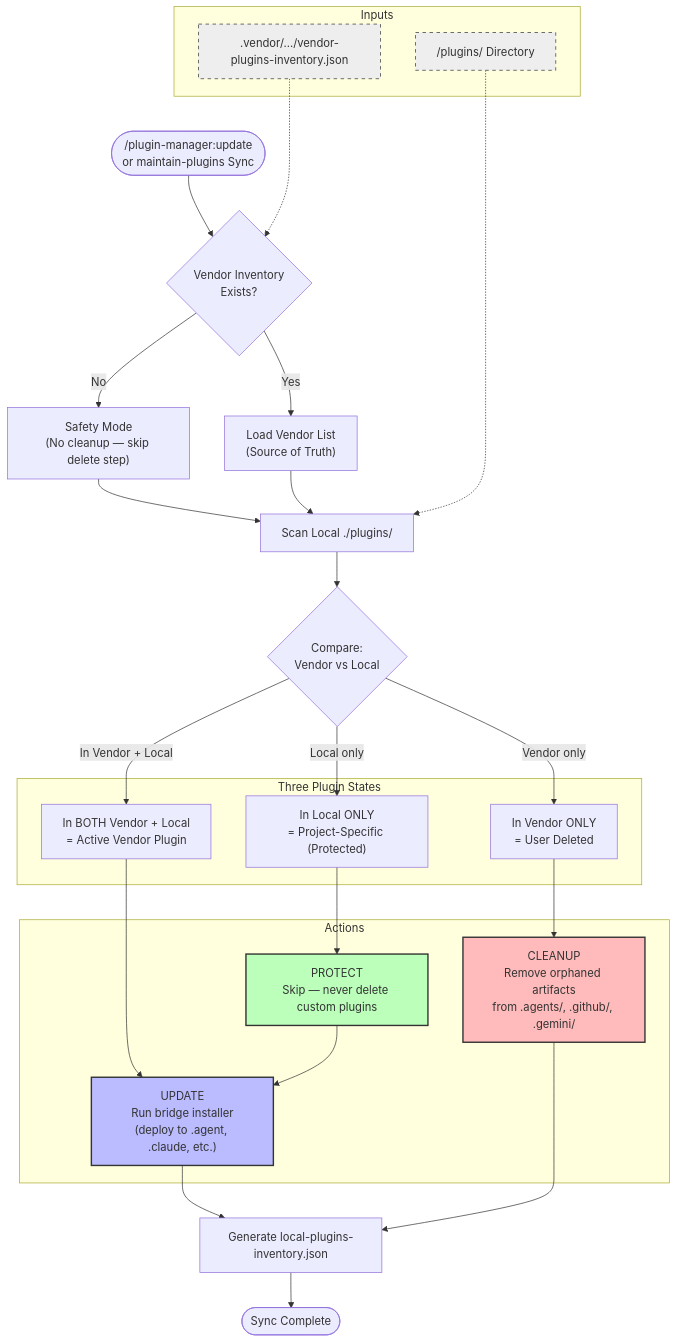
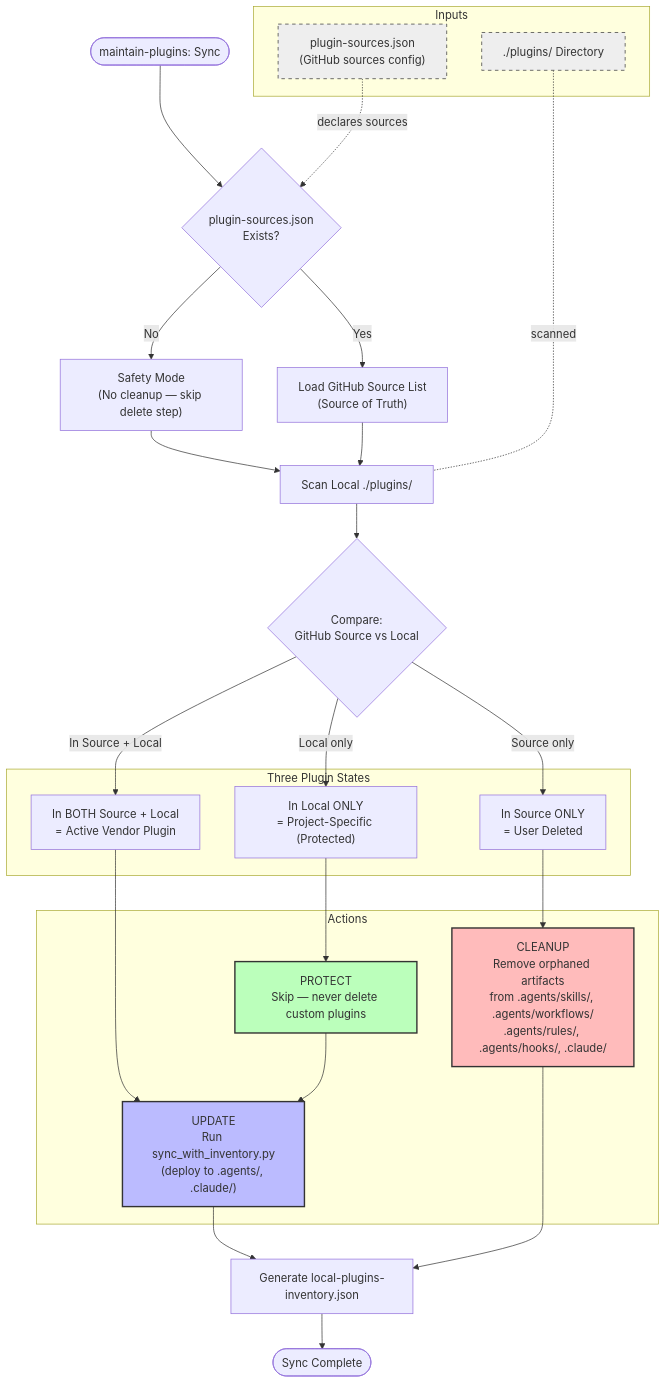
One commit to richfrem/agent-plugins-skills changed the diagram in plugins/plugin-manager/assets/diagrams/cleanup_flow.mmd. Above: the diagram before and after it, drawn with Mermaid. The commit also changed 16 other files, not shown here.

```diff
--- a/plugins/plugin-manager/assets/diagrams/cleanup_flow.mmd
+++ b/plugins/plugin-manager/assets/diagrams/cleanup_flow.mmd
@@ -1,67 +1,67 @@
 flowchart TD
     %% Plugin Maintenance: Sync Flow
 
     subgraph Inputs
-        LocalDir["/plugins/ Directory"]
-        VendorFile[".vendor/.../vendor-plugins-inventory.json"]
+        LocalDir["./plugins/ Directory"]
+        SourceFile["plugin-sources.json<BR>(GitHub sources config)"]
     end
 
-    Start(["/plugin-manager:update\nor maintain-plugins Sync"])
-    CheckVendor{"Vendor Inventory\nExists?"}
+    Start(["maintain-plugins: Sync"])
+    CheckVendor{"plugin-sources.json<BR>Exists?"}
 
-    LoadVendor["Load Vendor List\n(Source of Truth)"]
-    SafeMode["Safety Mode\n(No cleanup — skip delete step)"]
+    LoadVendor["Load GitHub Source List<BR>(Source of Truth)"]
+    SafeMode["Safety Mode<BR>(No cleanup — skip delete step)"]
 
     ScanLocal["Scan Local ./plugins/"]
 
-    Compare{"Compare:\nVendor vs Local"}
+    Compare{"Compare:<BR>GitHub Source vs Local"}
 
     subgraph States ["Three Plugin States"]
-        Active["In BOTH Vendor + Local\n= Active Vendor Plugin"]
-        Private["In Local ONLY\n= Project-Specific (Protected)"]
-        Deleted["In Vendor ONLY\n= User Deleted"]
+        Active["In BOTH Source + Local<BR>= Active Vendor Plugin"]
+        Private["In Local ONLY<BR>= Project-Specific (Protected)"]
+        Deleted["In Source ONLY<BR>= User Deleted"]
     end
 
     subgraph Actions
-        Update["UPDATE\nRun bridge installer\n(deploy to .agent, .claude, etc.)"]
-        Protect["PROTECT\nSkip — never delete custom plugins"]
-        Cleanup["CLEANUP\nRemove orphaned artifacts\nfrom .agents/, .github/, .gemini/"]
+        Update["UPDATE<BR>Run sync_with_inventory.py<BR>(deploy to .agents/, .claude/)"]
+        Protect["PROTECT<BR>Skip — never delete custom plugins"]
+        Cleanup["CLEANUP<BR>Remove orphaned artifacts<BR>from .agents/skills/, .agents/workflows/<BR>.agents/rules/, .agents/hooks/, .claude/"]
     end
 
     Report["Generate local-plugins-inventory.json"]
     EndNode(["Sync Complete"])
 
     %% Connections
     Start --> CheckVendor
     CheckVendor -->|"Yes"| LoadVendor
     CheckVendor -->|"No"| SafeMode
     SafeMode --> ScanLocal
     LoadVendor --> ScanLocal
     ScanLocal --> Compare
 
-    Compare -->|"In Vendor + Local"| Active
+    Compare -->|"In Source + Local"| Active
     Compare -->|"Local only"| Private
-    Compare -->|"Vendor only"| Deleted
+    Compare -->|"Source only"| Deleted
 
     Active --> Update
     Private --> Protect
     Deleted --> Cleanup
     Protect --> Update
 
     Update --> Report
     Cleanup --> Report
     Report --> EndNode
 
-    VendorFile -..-> CheckVendor
-    LocalDir -..-> ScanLocal
+    SourceFile -.->|"declares sources"| CheckVendor
+    LocalDir -..-|"scanned"| ScanLocal
 
     %% Styles
     classDef file fill:#eee,stroke:#333,stroke-width:1px,stroke-dasharray: 5 5
     classDef action fill:#bbf,stroke:#333,stroke-width:2px
     classDef danger fill:#fbb,stroke:#333,stroke-width:2px
     classDef safe fill:#bfb,stroke:#333,stroke-width:2px
 
-    class VendorFile,LocalDir file
+    class SourceFile,LocalDir file
     class Cleanup danger
     class Protect safe
     class Update action
```
